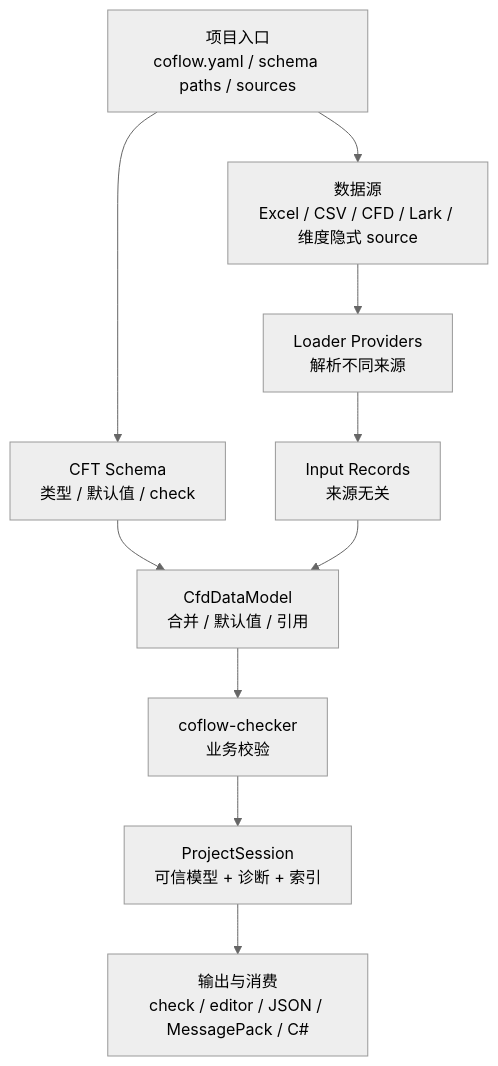
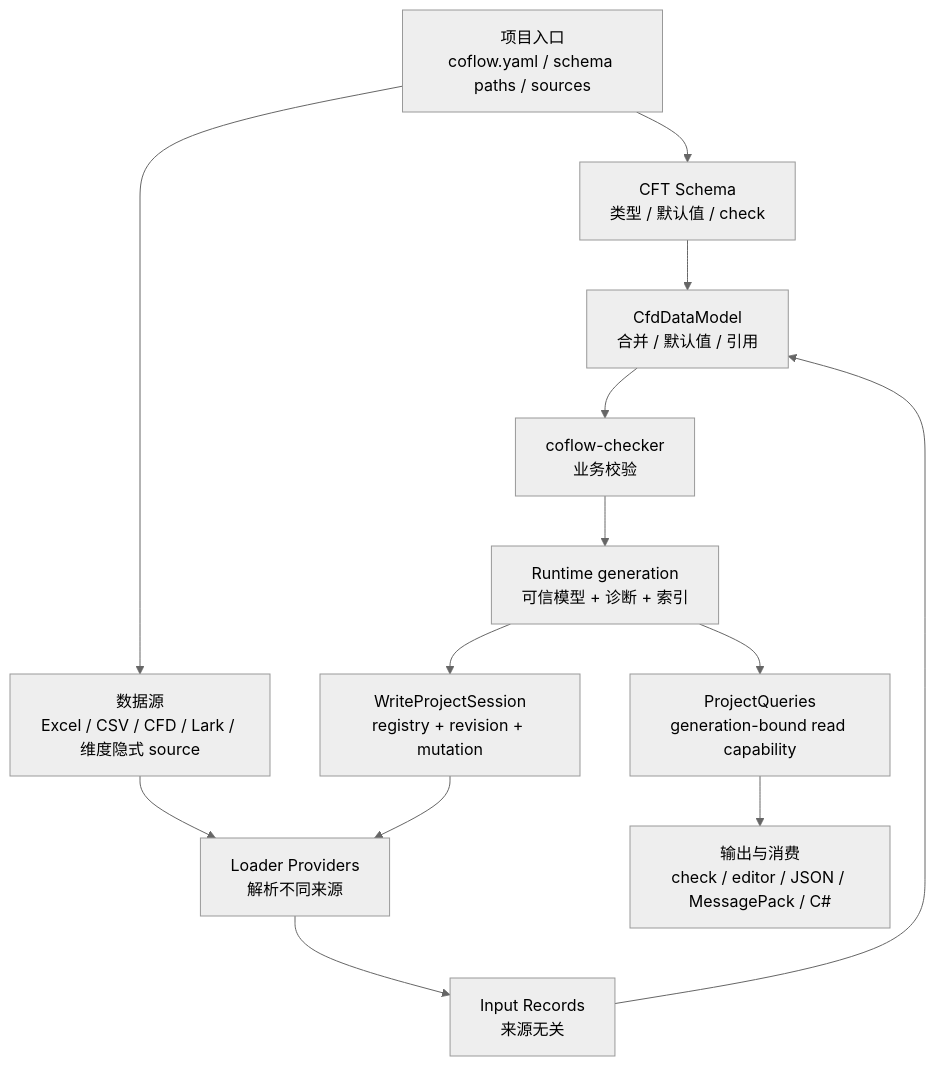
Before and after one commit to Puring103/coflow: the first of 2 diagrams in website/docs/docs/reference/12-architecture.md, drawn with Mermaid (neutral theme). The commit also changed other lines of this file and 21 other files, not shown here.

Commit message:
refactor: seal runtime capability boundaries

````diff
--- a/website/docs/docs/reference/12-architecture.md
+++ b/website/docs/docs/reference/12-architecture.md
@@ -9,12 +9,15 @@
 ```mermaid
 flowchart TD
   Project["项目入口<br/>coflow.yaml / schema paths / sources"] --> Schema["CFT Schema<br/>类型 / 默认值 / check"]
   Project --> Sources["数据源<br/>Excel / CSV / CFD / Lark / 维度隐式 source"]
   Sources --> Providers["Loader Providers<br/>解析不同来源"]
   Providers --> Records["Input Records<br/>来源无关"]
   Schema --> Model
   Records --> Model["CfdDataModel<br/>合并 / 默认值 / 引用"]
   Model --> Check["coflow-checker<br/>业务校验"]
-  Check --> Session["ProjectSession<br/>可信模型 + 诊断 + 索引"]
-  Session --> Outputs["输出与消费<br/>check / editor / JSON / MessagePack / C#"]
+  Check --> Generation["Runtime generation<br/>可信模型 + 诊断 + 索引"]
+  Generation --> Queries["ProjectQueries<br/>generation-bound read capability"]
+  Generation --> Write["WriteProjectSession<br/>registry + revision + mutation"]
+  Queries --> Outputs["输出与消费<br/>check / editor / JSON / MessagePack / C#"]
+  Write --> Providers
 ```
````
